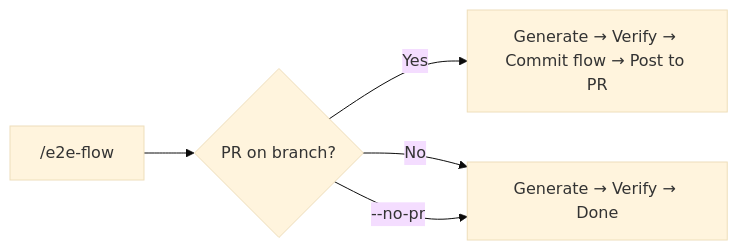
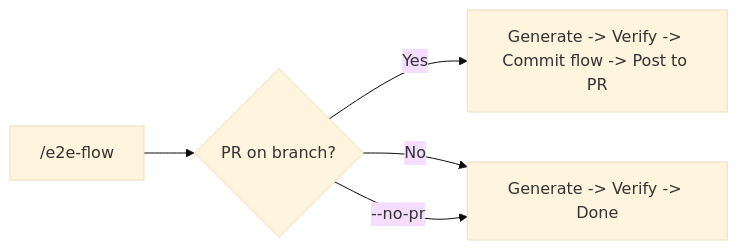
Before and after one commit to iamcxa/kc-claude-plugins: the first of 2 diagrams in e2e-pipeline/docs/pr-workflow.md, drawn with Mermaid (base theme). The commit also changed other lines of this file and 7 other files, not shown here.

First line of the commit message:
docs(e2e-pipeline): sync docs with CLI-only flow + 12 existing gaps

````diff
--- a/e2e-pipeline/docs/pr-workflow.md
+++ b/e2e-pipeline/docs/pr-workflow.md
@@ -15,7 +15,7 @@
 ```mermaid
 flowchart LR
     A["/e2e-flow"] --> B{"PR on branch?"}
-    B -->|Yes| C["Generate → Verify → Commit flow → Post to PR"]
-    B -->|No| D["Generate → Verify → Done"]
+    B -->|Yes| C["Generate -> Verify -> Commit flow -> Post to PR"]
+    B -->|No| D["Generate -> Verify -> Done"]
     B -->|"--no-pr"| D
 ```
````
